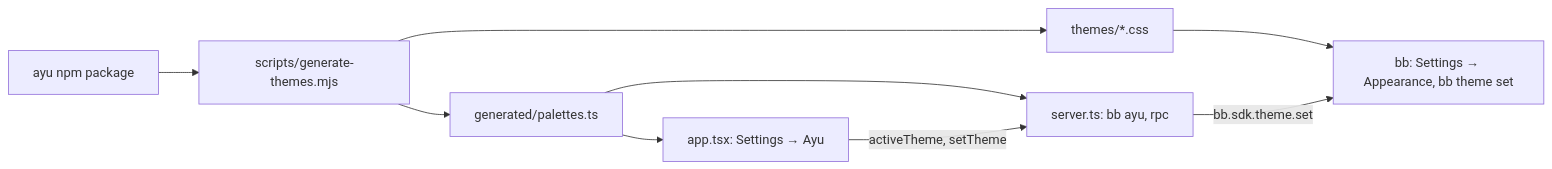
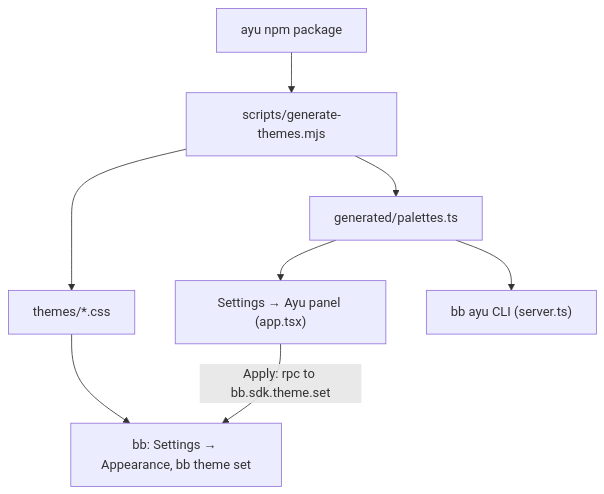
The diagram in README.md (vburojevic/bb-plugin-ayu), drawn with Mermaid before and after one commit.

Commit message:
README: draw the palette flow top to bottom

````diff
--- a/README.md
+++ b/README.md
@@ -175,11 +175,10 @@
 ```mermaid
-flowchart LR
+flowchart TD
   ayu["ayu npm package"] --> gen["scripts/generate-themes.mjs"]
   gen --> css["themes/*.css"]
   gen --> pal["generated/palettes.ts"]
   css --> bb["bb: Settings → Appearance, bb theme set"]
-  pal --> panel["app.tsx: Settings → Ayu"]
-  pal --> server["server.ts: bb ayu, rpc"]
-  panel -- "activeTheme, setTheme" --> server
-  server -- "bb.sdk.theme.set" --> bb
+  pal --> panel["Settings → Ayu panel (app.tsx)"]
+  pal --> cli["bb ayu CLI (server.ts)"]
+  panel -- "Apply: rpc to bb.sdk.theme.set" --> bb
 ```
````
